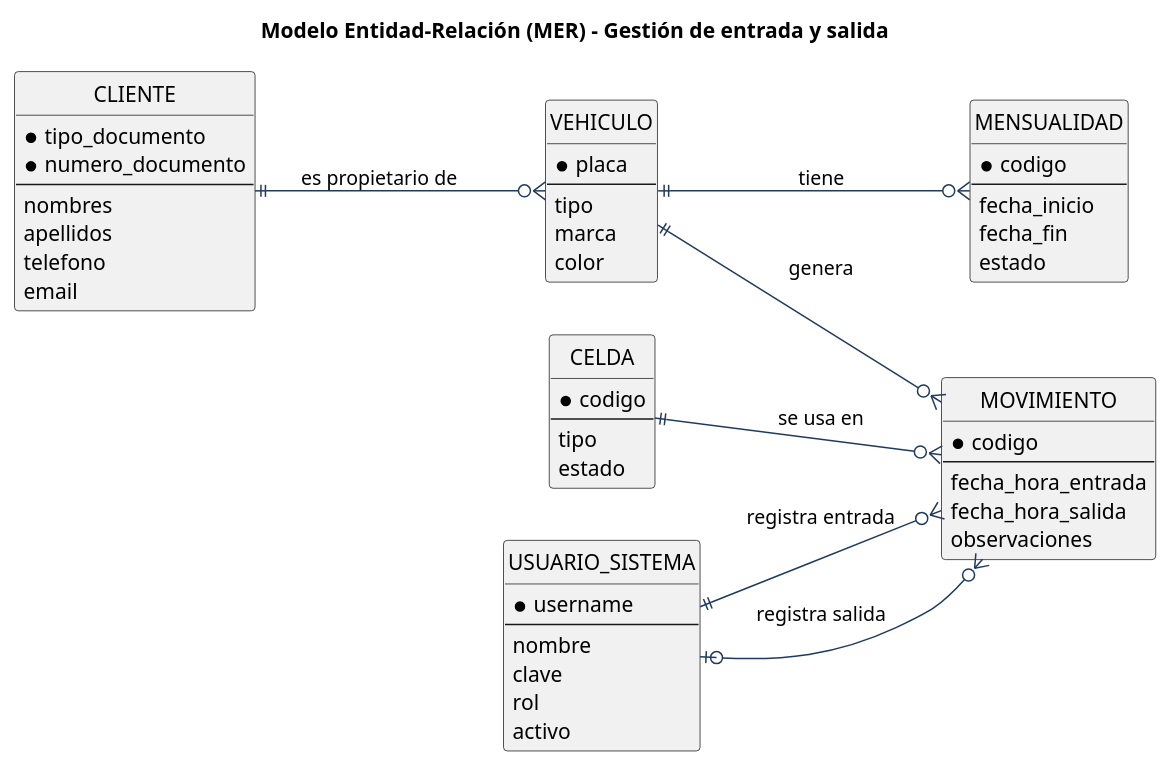
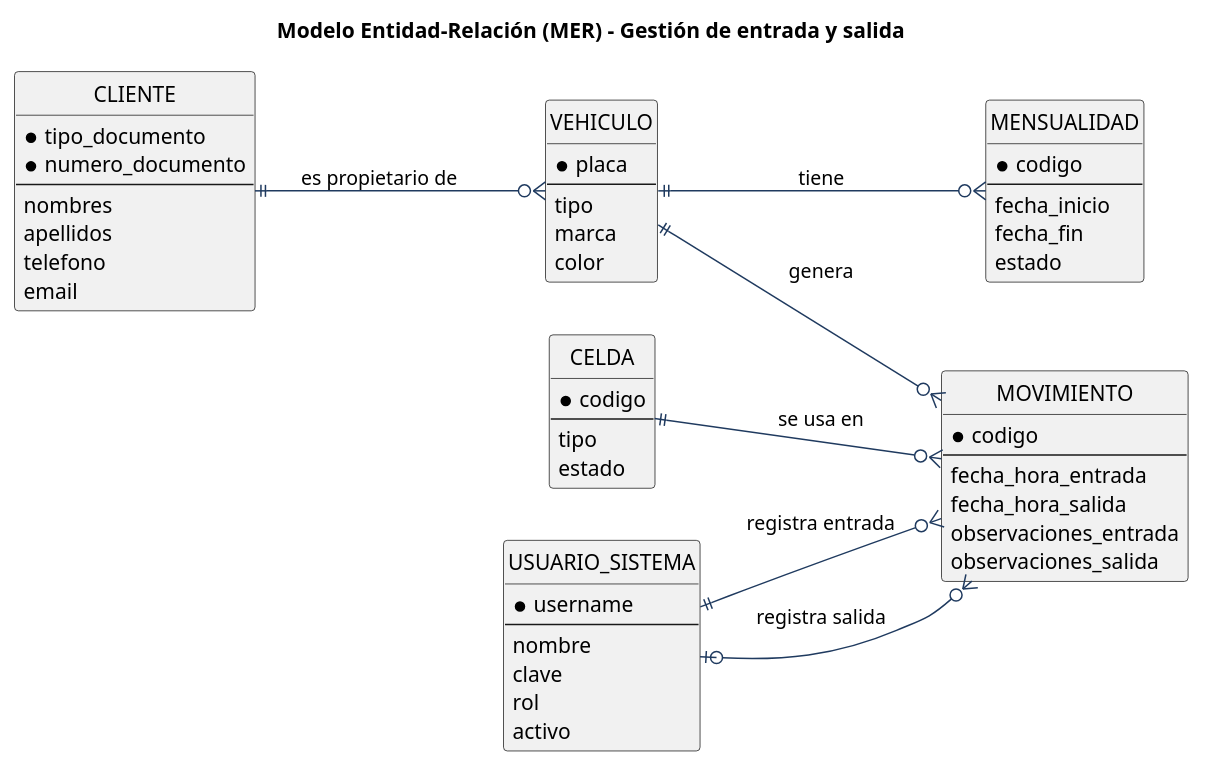
Before and after one commit to Im-Luis-SS/autos-colombia: the diagram in diagrams/05_mer.puml, drawn with PlantUML. The commit also changed 18 other files, not shown here.

```diff
--- a/diagrams/05_mer.puml
+++ b/diagrams/05_mer.puml
@@ -1,69 +1,70 @@
 @startuml 05_mer
 skinparam shadowing false
 skinparam defaultFontName Arial
 skinparam ArrowColor #1F3A5F
 hide circle
 skinparam entity {
   BackgroundColor #F4F7FB
   BorderColor #1F3A5F
 }
 title Modelo Entidad-Relación (MER) - Gestión de entrada y salida
 left to right direction
 
 entity "CLIENTE" as cliente {
   * tipo_documento
   * numero_documento
   --
   nombres
   apellidos
   telefono
   email
 }
 
 entity "VEHICULO" as vehiculo {
   * placa
   --
   tipo
   marca
   color
 }
 
 entity "MENSUALIDAD" as mensualidad {
   * codigo
   --
   fecha_inicio
   fecha_fin
   estado
 }
 
 entity "CELDA" as celda {
   * codigo
   --
   tipo
   estado
 }
 
 entity "MOVIMIENTO" as movimiento {
   * codigo
   --
   fecha_hora_entrada
   fecha_hora_salida
-  observaciones
+  observaciones_entrada
+  observaciones_salida
 }
 
 entity "USUARIO_SISTEMA" as usuario {
   * username
   --
   nombre
   clave
   rol
   activo
 }
 
 cliente ||--o{ vehiculo : "es propietario de"
 vehiculo ||--o{ mensualidad : "tiene"
 vehiculo ||--o{ movimiento : "genera"
 celda ||--o{ movimiento : "se usa en"
 usuario ||--o{ movimiento : "registra entrada"
 usuario |o--o{ movimiento : "registra salida"
 @enduml
```
